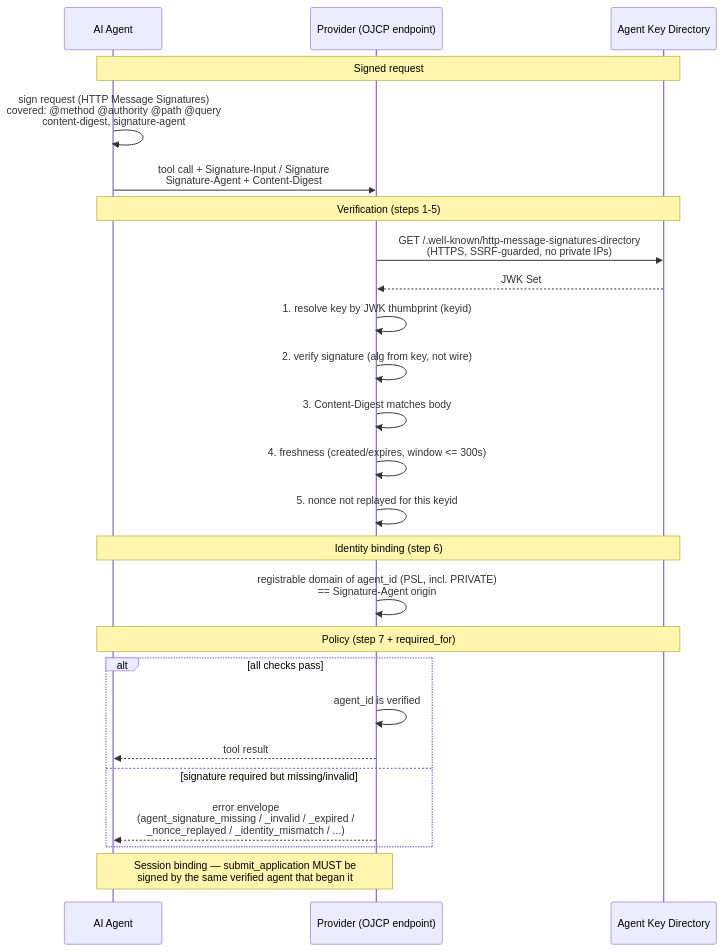
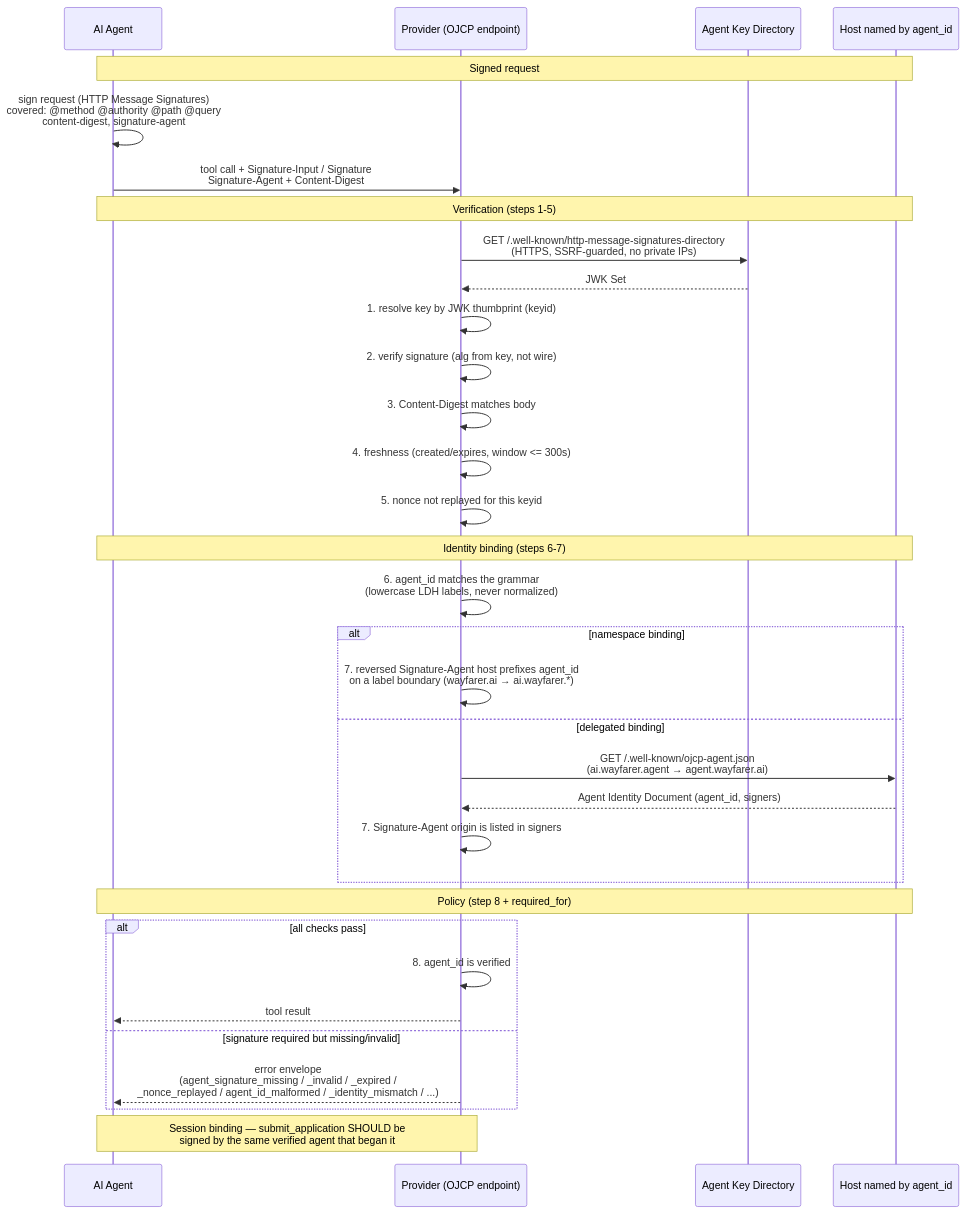
One commit to ojcp-org/ojcp changed the diagram in diagrams/agent-identity.mmd. Above: the diagram before and after it, drawn with Mermaid. The commit also changed 7 other files, not shown here.

First line of the commit message:
Versioned spec site and 0.3 diagrams

```diff
--- a/diagrams/agent-identity.mmd
+++ b/diagrams/agent-identity.mmd
@@ -1,34 +1,42 @@
 sequenceDiagram
     participant A as AI Agent
     participant P as Provider (OJCP endpoint)
     participant D as Agent Key Directory
+    participant H as Host named by agent_id
 
-    Note over A,D: Signed request
+    Note over A,H: Signed request
 
     A->>A: sign request (HTTP Message Signatures)<br/>covered: @method @authority @path @query<br/>content-digest, signature-agent
     A->>P: tool call + Signature-Input / Signature<br/>Signature-Agent + Content-Digest
 
-    Note over A,D: Verification (steps 1-5)
+    Note over A,H: Verification (steps 1-5)
 
     P->>D: GET /.well-known/http-message-signatures-directory<br/>(HTTPS, SSRF-guarded, no private IPs)
     D-->>P: JWK Set
     P->>P: 1. resolve key by JWK thumbprint (keyid)
     P->>P: 2. verify signature (alg from key, not wire)
     P->>P: 3. Content-Digest matches body
     P->>P: 4. freshness (created/expires, window <= 300s)
     P->>P: 5. nonce not replayed for this keyid
 
-    Note over A,D: Identity binding (step 6)
+    Note over A,H: Identity binding (steps 6-7)
 
-    P->>P: registrable domain of agent_id (PSL, incl. PRIVATE)<br/>== Signature-Agent origin
+    P->>P: 6. agent_id matches the grammar<br/>(lowercase LDH labels, never normalized)
+    alt namespace binding
+        P->>P: 7. reversed Signature-Agent host prefixes agent_id<br/>on a label boundary (wayfarer.ai → ai.wayfarer.*)
+    else delegated binding
+        P->>H: GET /.well-known/ojcp-agent.json<br/>(ai.wayfarer.agent → agent.wayfarer.ai)
+        H-->>P: Agent Identity Document (agent_id, signers)
+        P->>P: 7. Signature-Agent origin is listed in signers
+    end
 
-    Note over A,D: Policy (step 7 + required_for)
+    Note over A,H: Policy (step 8 + required_for)
 
     alt all checks pass
-        P->>P: agent_id is verified
+        P->>P: 8. agent_id is verified
         P-->>A: tool result
     else signature required but missing/invalid
-        P-->>A: error envelope<br/>(agent_signature_missing / _invalid / _expired /<br/>_nonce_replayed / _identity_mismatch / ...)
+        P-->>A: error envelope<br/>(agent_signature_missing / _invalid / _expired /<br/>_nonce_replayed / agent_id_malformed / _identity_mismatch / ...)
     end
 
-    Note over A,P: Session binding — submit_application MUST be<br/>signed by the same verified agent that began it
+    Note over A,P: Session binding — submit_application SHOULD be<br/>signed by the same verified agent that began it
```
